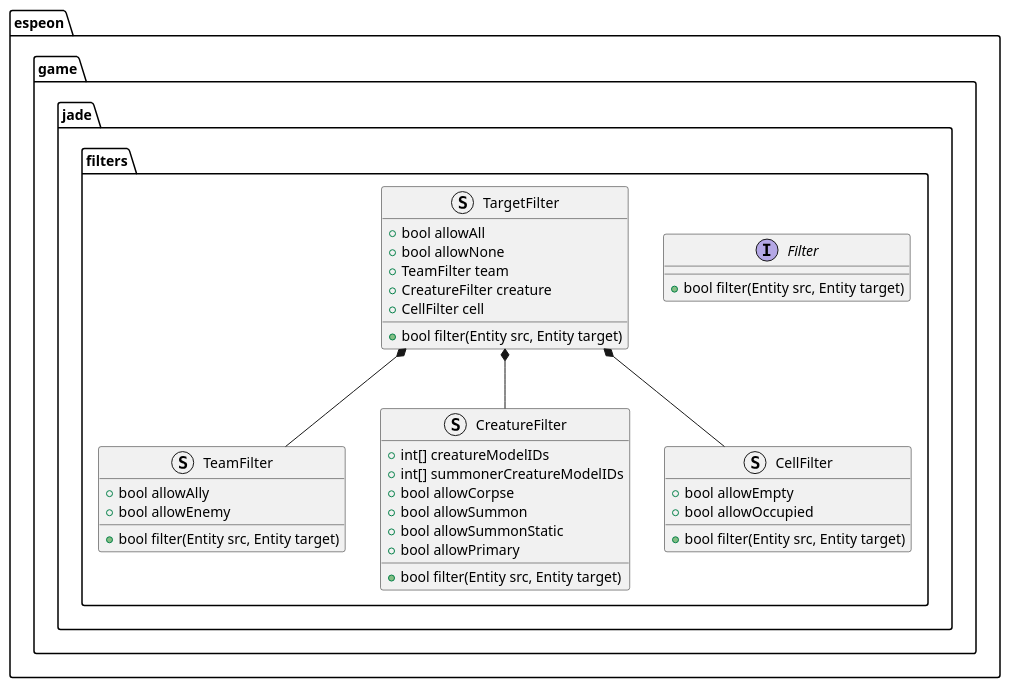
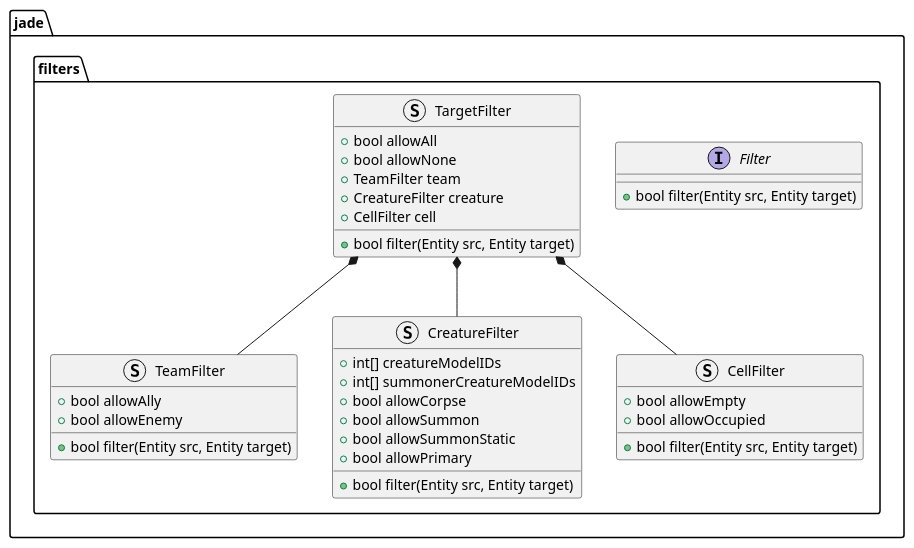
The diagram in doc/mdd.espeon/jade/filters.puml (Souchy/Celebi), drawn with PlantUML before and after one commit. The commit also changed 6 other files, not shown here.

```diff
--- a/doc/mdd.espeon/jade/filters.puml
+++ b/doc/mdd.espeon/jade/filters.puml
@@ -1,40 +1,40 @@
 @startuml filters
-package espeon.game.jade.filters {
+package jade.filters {
 	interface Filter {
 		+bool filter(Entity src, Entity target)
 	}
 	struct TargetFilter {
 		+bool allowAll
 		+bool allowNone
 		+TeamFilter team
 		+CreatureFilter creature
 		+CellFilter cell
 		+bool filter(Entity src, Entity target)
 	}
 
 	struct TeamFilter {
 		+bool allowAlly
 		+bool allowEnemy
 		+bool filter(Entity src, Entity target)
 	}
 
 	struct CreatureFilter {
 		+int[] creatureModelIDs
 		+int[] summonerCreatureModelIDs
 		+bool allowCorpse
 		+bool allowSummon
 		+bool allowSummonStatic
 		+bool allowPrimary
 		+bool filter(Entity src, Entity target)
 	}
 
 	struct CellFilter {
 		+bool allowEmpty
 		+bool allowOccupied
 		+bool filter(Entity src, Entity target)
 	}
 	TargetFilter *-- TeamFilter
 	TargetFilter *-- CreatureFilter
 	TargetFilter *-- CellFilter
 }
 @enduml
```
